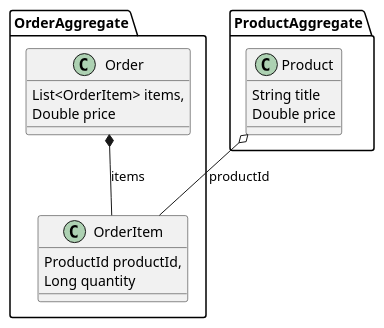
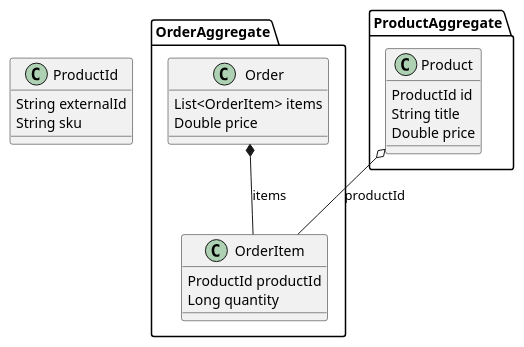
Before and after one commit to chrshnv/jpoint-2026-spring-data-jdbc-demo: the diagram in compositeidsbug.puml, drawn with PlantUML. The commit also changed 10 other files, not shown here.

```diff
--- a/compositeidsbug.puml
+++ b/compositeidsbug.puml
@@ -1,24 +1,30 @@
 @startuml
+class ProductId {
+	String externalId
+	String sku
+}
+
 namespace OrderAggregate {
 	Order *-- OrderItem : items
 
     class Order {
-    	List<OrderItem> items,
+    	List<OrderItem> items
     	Double price
     }
 
     class OrderItem {
-    	ProductId productId,
+    	ProductId productId
     	Long quantity
     }
 }
 
 namespace ProductAggregate {
 	Product o-- OrderItem: productId
 
 	class Product {
+		ProductId id
 		String title
 		Double price
 	}
 }
 @enduml
```
